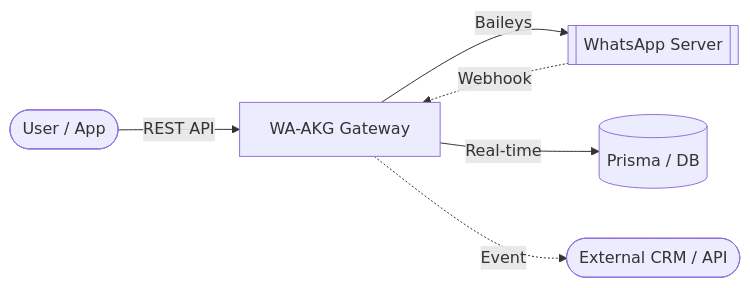
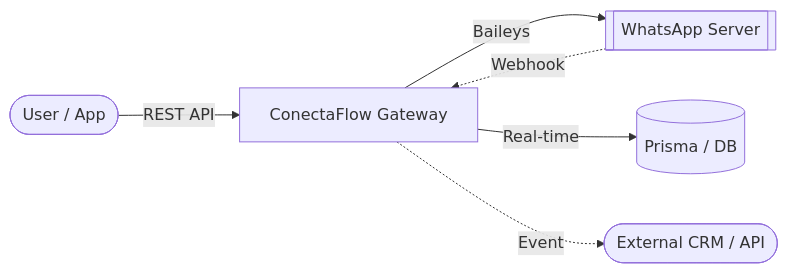
Before and after one commit to fabriciocs/ConectaFlow: the diagram in README.md, drawn with Mermaid. The commit also changed other lines of this file and 82 other files, not shown here.

Commit message:
chore: preserve existing ConectaFlow changes before tenant isolation

````diff
--- a/README.md
+++ b/README.md
@@ -47,8 +39,8 @@
 ```mermaid
 graph LR
-    User([User / App]) -->|REST API| API[WA-AKG Gateway]
+    User([User / App]) -->|REST API| API[ConectaFlow Gateway]
     API -->|Baileys| WhatsApp[[WhatsApp Server]]
     API -->|Real-time| DB[(Prisma / DB)]
     WhatsApp -.->|Webhook| API
     API -.->|Event| Webhook([External CRM / API])
 ```
````
